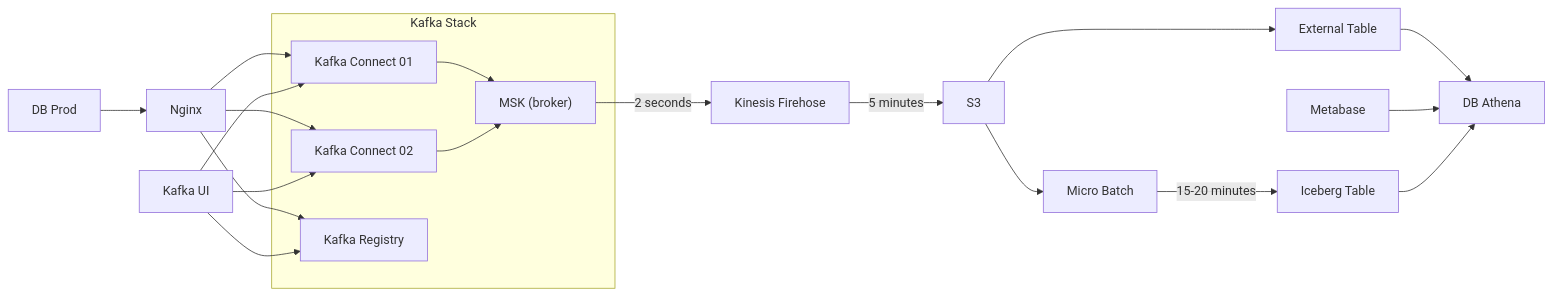
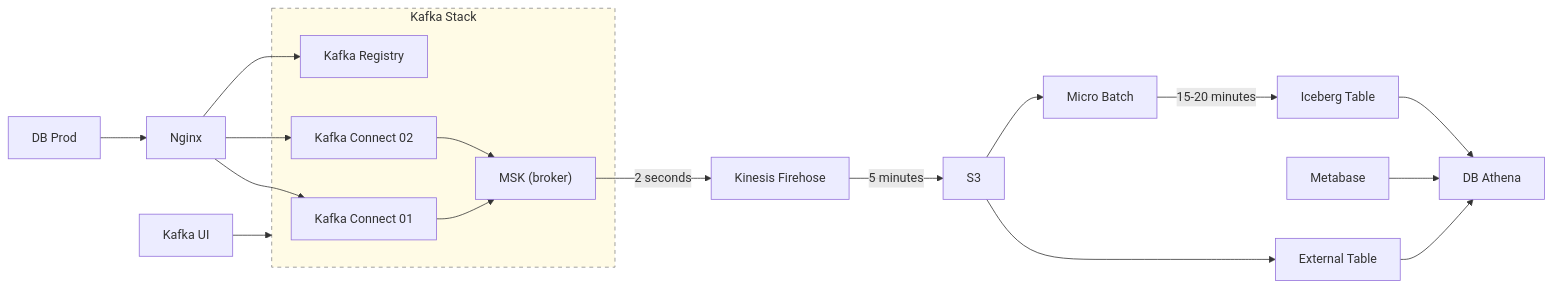
One commit to rudy-prietno/streamlake changed the diagram in README.md. Above: the diagram before and after it, drawn with Mermaid.

````diff
--- a/README.md
+++ b/README.md
@@ -7,54 +7,51 @@
 ```mermaid
 flowchart LR
   %% ===== Left block =====
   DB[DB Prod]
   NGINX[Nginx]
 
   subgraph KAFKA_STACK[Kafka Stack]
     KC1["Kafka Connect 01"]
     KC2["Kafka Connect 02"]
     REG["Kafka Registry"]
     MSK["MSK (broker)"]
   end
 
   KUI["Kafka UI"]
 
   %% ===== Middle / Right block =====
   KFH["Kinesis Firehose"]
   S3["S3"]
   EXT["External Table"]
   ATH["DB Athena"]
   META["Metabase"]
   MB["Micro Batch"]
   ICE["Iceberg Table"]
 
   %% ===== Flows =====
   DB --> NGINX
   NGINX --> KC1
   NGINX --> KC2
   NGINX --> REG
   KC1 --> MSK
   KC2 --> MSK
 
-  %% Kafka UI access
-  KUI --> KC1
-  KUI --> KC2
-  KUI --> REG
+  %% Kafka UI points to the whole stack
+  KUI --> KAFKA_STACK
 
-  %% Stream to Firehose (latency note)
+  %% Stream to Firehose and S3
   MSK -- "2 seconds" --> KFH
-
-  %% Firehose to S3 (buffer/flush)
   KFH -- "5 minutes" --> S3
 
-  %% S3 to Athena via External Table
+  %% S3 -> Athena via External Table
   S3 --> EXT --> ATH
-
-  %% Metabase queries Athena
   META --> ATH
 
   %% Micro-batch path to Iceberg
   S3 --> MB
   MB -- "15-20 minutes" --> ICE
   ICE --> ATH
+
+  %% Optional style for the stack area
+  style KAFKA_STACK fill:#fffbe6,stroke:#888,stroke-width:1px,stroke-dasharray: 5 5
 ```
````
